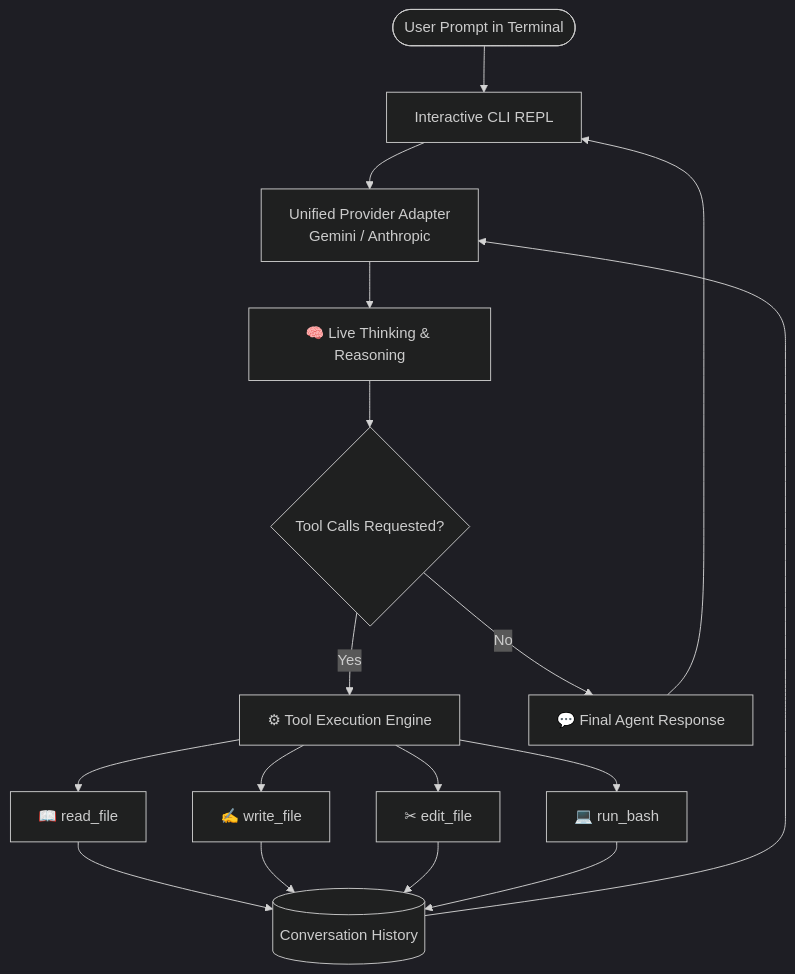
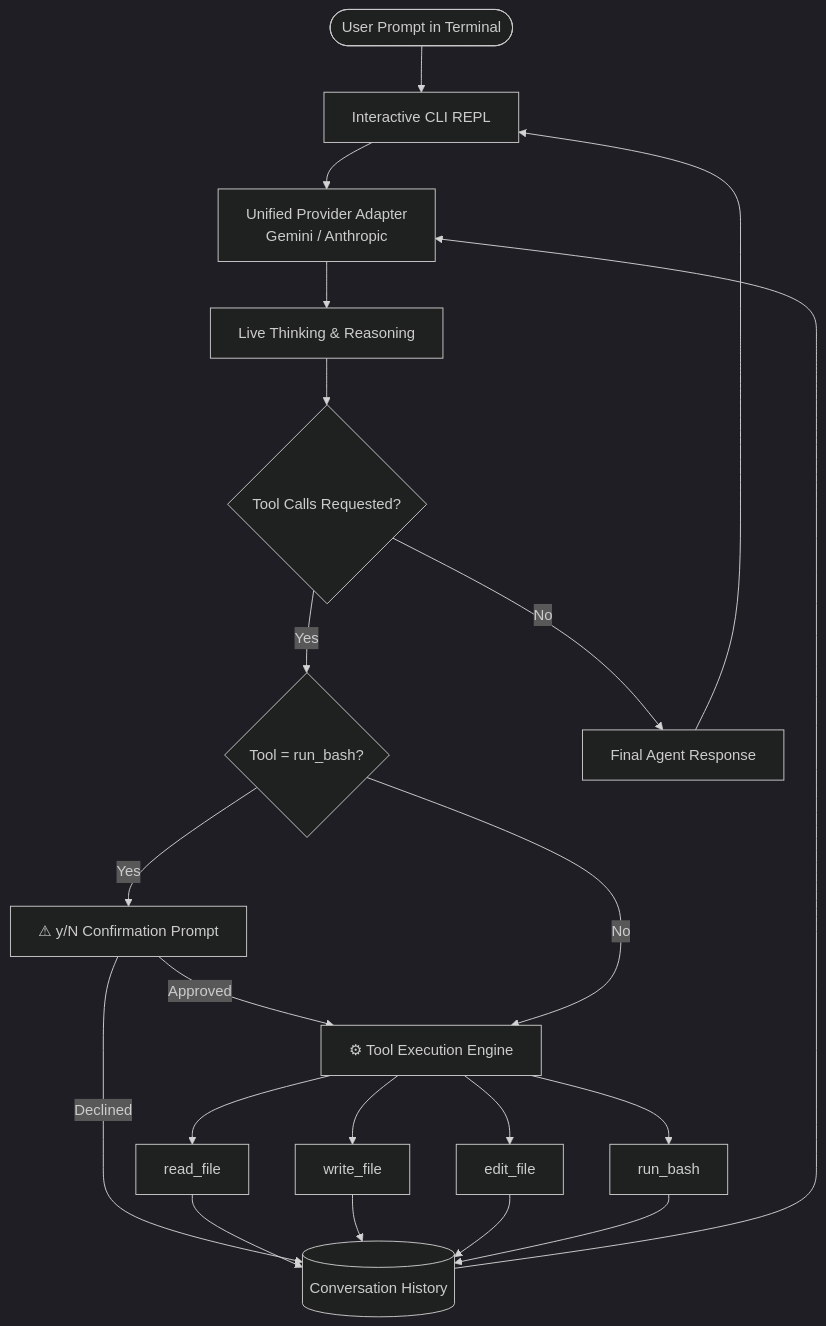
One commit to ratnadeep2003/terminal-based-coding-agent changed the diagram in README.md. Above: the diagram before and after it, drawn with Mermaid (dark theme). The commit also changed other lines of this file, not shown here.

````diff
--- a/README.md
+++ b/README.md
@@ -42,16 +42,20 @@
 ```mermaid
 flowchart TD
     User([User Prompt in Terminal]) --> REPL[Interactive CLI REPL]
     REPL --> Provider[Unified Provider Adapter\nGemini / Anthropic]
-    Provider --> Thinking[🧠 Live Thinking & Reasoning]
+    Provider --> Thinking[ Live Thinking & Reasoning]
     Thinking --> ToolCheck{Tool Calls Requested?}
-    ToolCheck -- Yes --> ToolExec[⚙ Tool Execution Engine]
-    ToolExec --> T1[📖 read_file]
-    ToolExec --> T2[✍ write_file]
-    ToolExec --> T3[✂ edit_file]
-    ToolExec --> T4[💻 run_bash]
+    ToolCheck -- Yes --> BashCheck{Tool = run_bash?}
+    BashCheck -- Yes --> Confirm[⚠ y/N Confirmation Prompt]
+    Confirm -- Approved --> ToolExec[⚙ Tool Execution Engine]
+    Confirm -- Declined --> History
+    BashCheck -- No --> ToolExec
+    ToolExec --> T1[ read_file]
+    ToolExec --> T2[ write_file]
+    ToolExec --> T3[ edit_file]
+    ToolExec --> T4[ run_bash]
     T1 & T2 & T3 & T4 --> History[(Conversation History)]
     History --> Provider
-    ToolCheck -- No --> Output[💬 Final Agent Response]
+    ToolCheck -- No --> Output[ Final Agent Response]
     Output --> REPL
 ```
````
